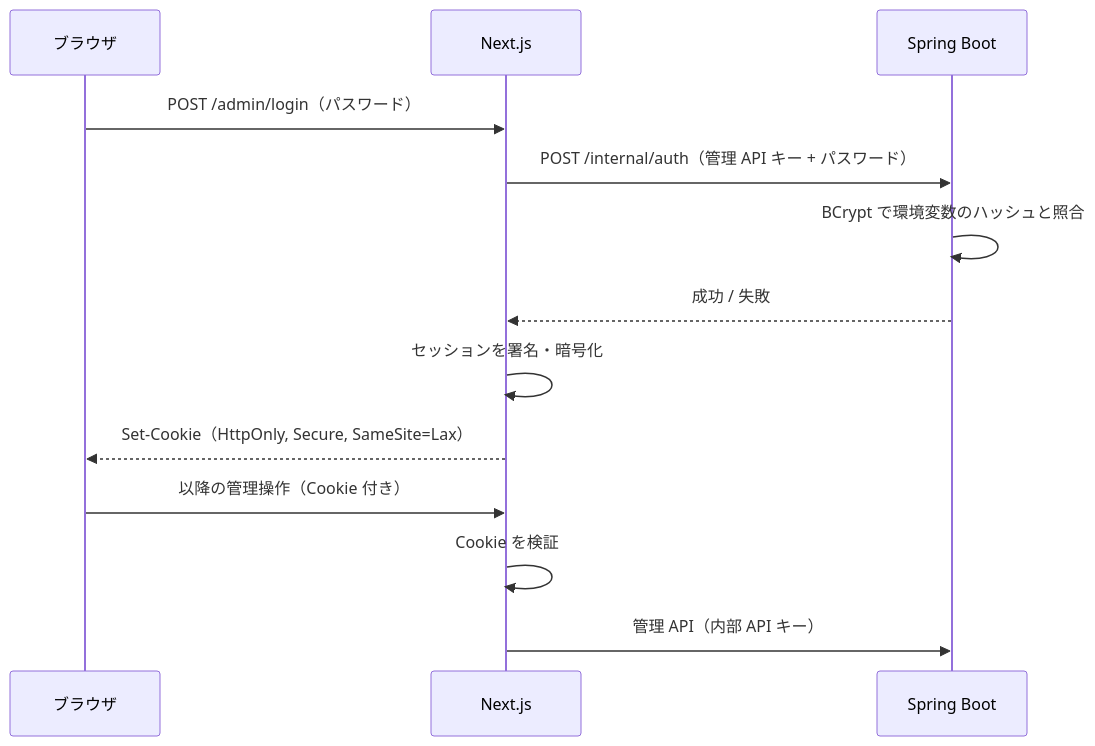
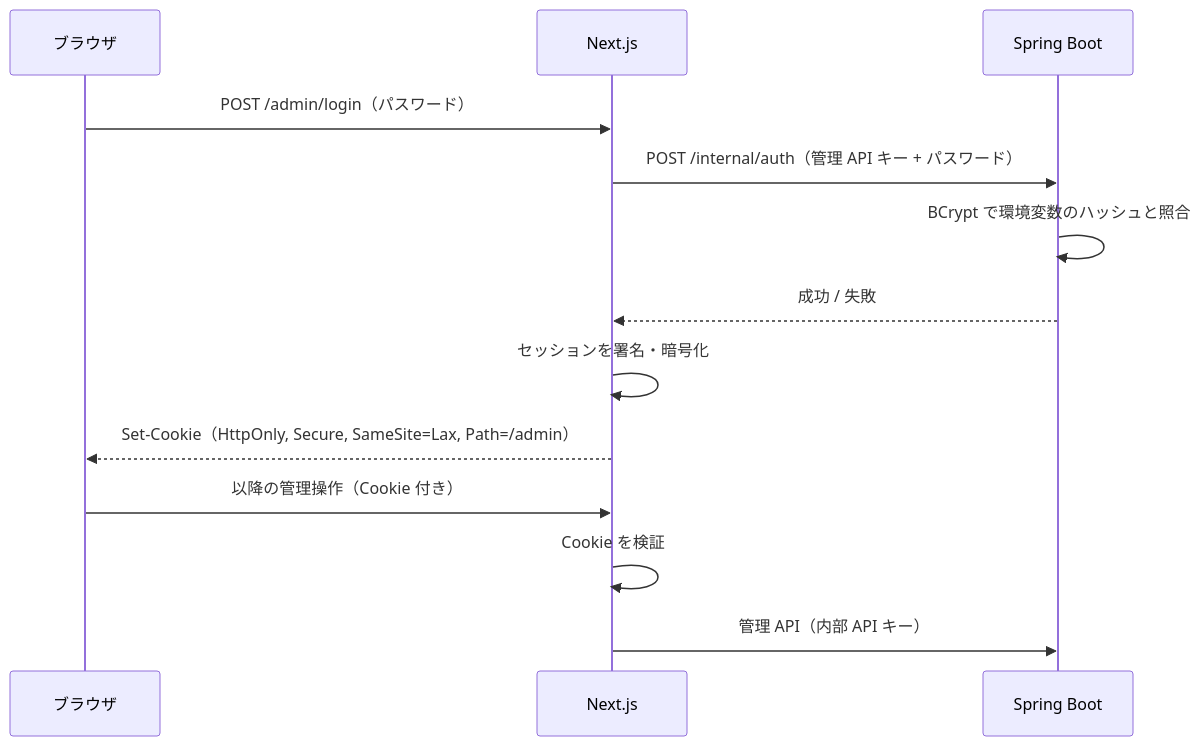
Before and after one commit to gitzhich/hatena-calendar: the second of 2 diagrams in docs/architecture.md, drawn with Mermaid. The commit also changed other lines of this file and 2 other files, not shown here.

````diff
--- a/docs/architecture.md
+++ b/docs/architecture.md
@@ -108,16 +108,16 @@
 ```mermaid
 sequenceDiagram
     participant B as ブラウザ
     participant N as Next.js
     participant S as Spring Boot
 
     B->>N: POST /admin/login（パスワード）
     N->>S: POST /internal/auth（管理 API キー + パスワード）
     S->>S: BCrypt で環境変数のハッシュと照合
     S-->>N: 成功 / 失敗
     N->>N: セッションを署名・暗号化
-    N-->>B: Set-Cookie（HttpOnly, Secure, SameSite=Lax）
+    N-->>B: Set-Cookie（HttpOnly, Secure, SameSite=Lax, Path=/admin）
     B->>N: 以降の管理操作（Cookie 付き）
     N->>N: Cookie を検証
     N->>S: 管理 API（内部 API キー）
 ```
````
